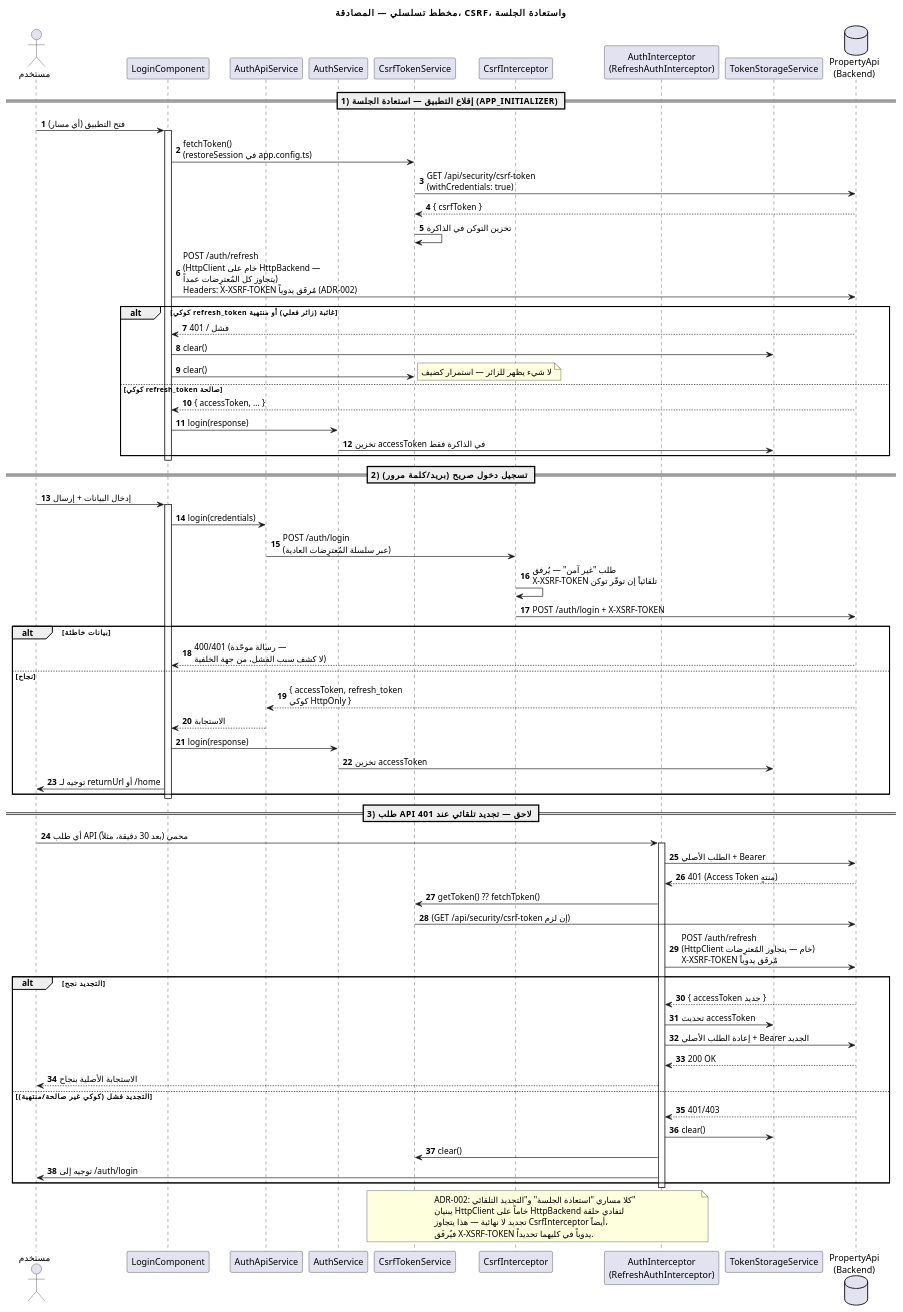
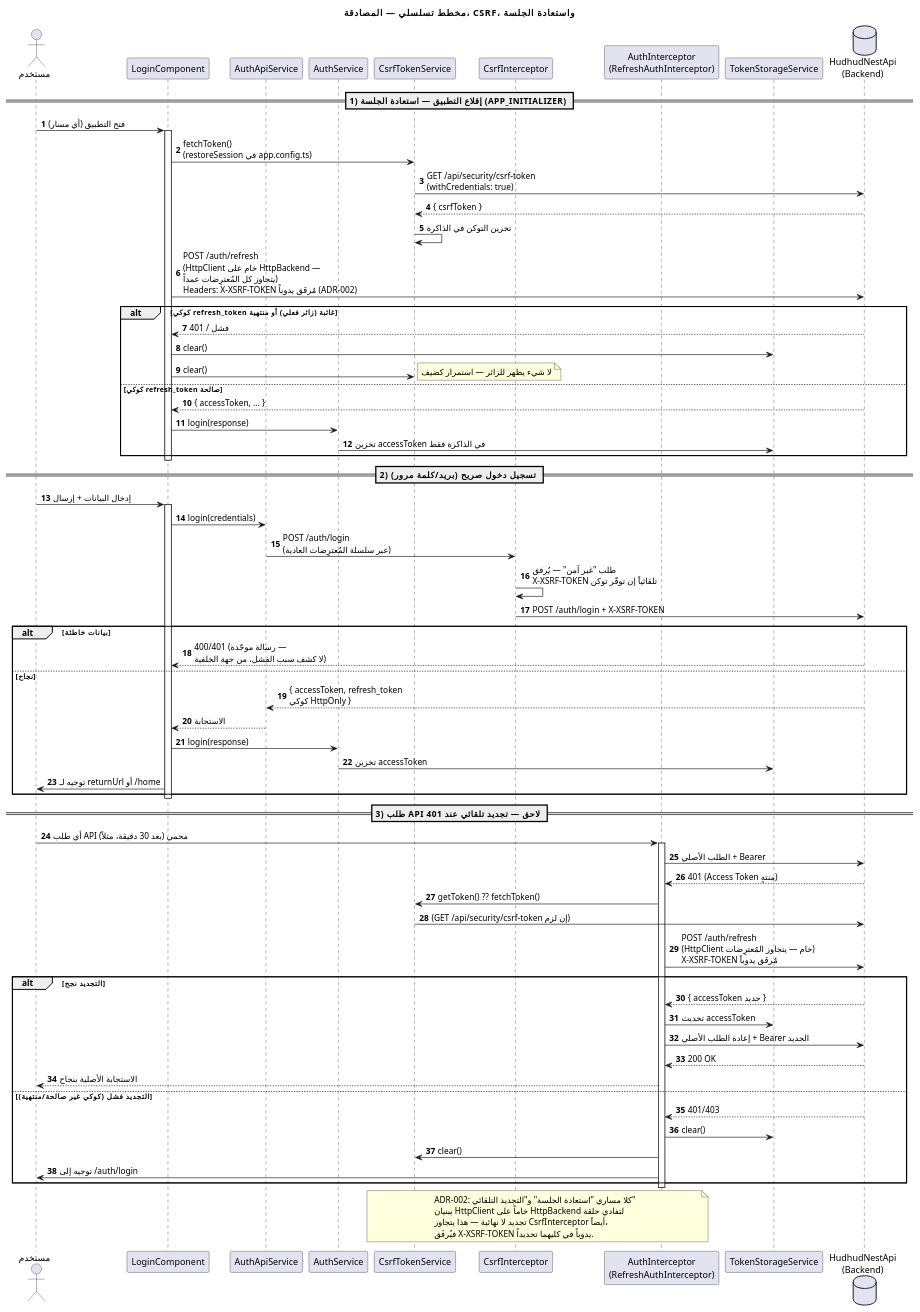
One commit to Naeem-Ba/HudhudNest changed the diagram in docs/architecture/ARD/diagrams/04-sequence-auth.puml. Above: the diagram before and after it, drawn with PlantUML. The commit also changed 155 other files, not shown here.

First line of the commit message:
feat(brand): HudhudNest logo, app icons, splash screens and full rename

```diff
--- a/docs/architecture/ARD/diagrams/04-sequence-auth.puml
+++ b/docs/architecture/ARD/diagrams/04-sequence-auth.puml
@@ -1,86 +1,86 @@
 @startuml Sequence_Auth
 skinparam backgroundColor #FFFFFF
 skinparam shadowing false
 skinparam defaultFontName "Segoe UI"
 title مخطط تسلسلي — المصادقة، CSRF، واستعادة الجلسة
 autonumber
 
 actor "مستخدم" as User
 participant "LoginComponent" as LoginUi
 participant "AuthApiService" as AuthApi
 participant "AuthService" as AuthSvc
 participant "CsrfTokenService" as Csrf
 participant "CsrfInterceptor" as CsrfInt
 participant "AuthInterceptor\n(RefreshAuthInterceptor)" as AuthInt
 participant "TokenStorageService" as TokenStore
-database "PropertyApi\n(Backend)" as Backend
+database "HudhudNestApi\n(Backend)" as Backend
 
 == 1) إقلاع التطبيق — استعادة الجلسة (APP_INITIALIZER) ==
 User -> LoginUi : فتح التطبيق (أي مسار)
 activate LoginUi
 LoginUi -> Csrf : fetchToken()\n(restoreSession في app.config.ts)
 Csrf -> Backend : GET /api/security/csrf-token\n(withCredentials: true)
 Backend --> Csrf : { csrfToken }
 Csrf -> Csrf : تخزين التوكن في الذاكرة
 
 LoginUi -> Backend : POST /auth/refresh\n(HttpClient خام على HttpBackend —\nيتجاوز كل المُعترِضات عمداً)\nHeaders: X-XSRF-TOKEN مُرفَق يدوياً (ADR-002)
 alt كوكي refresh_token غائبة (زائر فعلي) أو منتهية
     Backend --> LoginUi : 401 / فشل
     LoginUi -> TokenStore : clear()
     LoginUi -> Csrf : clear()
     note right: لا شيء يظهر للزائر — استمرار كضيف
 else كوكي refresh_token صالحة
     Backend --> LoginUi : { accessToken, ... }
     LoginUi -> AuthSvc : login(response)
     AuthSvc -> TokenStore : تخزين accessToken في الذاكرة فقط
 end
 deactivate LoginUi
 
 == 2) تسجيل دخول صريح (بريد/كلمة مرور) ==
 User -> LoginUi : إدخال البيانات + إرسال
 activate LoginUi
 LoginUi -> AuthApi : login(credentials)
 AuthApi -> CsrfInt : POST /auth/login\n(عبر سلسلة المُعترِضات العادية)
 CsrfInt -> CsrfInt : طلب "غير آمن" — يُرفق\nX-XSRF-TOKEN تلقائياً إن توفّر توكن
 CsrfInt -> Backend : POST /auth/login + X-XSRF-TOKEN
 alt بيانات خاطئة
     Backend --> LoginUi : 400/401 (رسالة موحّدة —\nلا كشف سبب الفشل، من جهة الخلفية)
 else نجاح
     Backend --> AuthApi : { accessToken, refresh_token\nكوكي HttpOnly }
     AuthApi --> LoginUi : الاستجابة
     LoginUi -> AuthSvc : login(response)
     AuthSvc -> TokenStore : تخزين accessToken
     LoginUi -> User : توجيه لـ returnUrl أو /home
 end
 deactivate LoginUi
 
 == 3) طلب API لاحق — تجديد تلقائي عند 401 ==
 User -> AuthInt : أي طلب API محمي (بعد 30 دقيقة، مثلاً)
 activate AuthInt
 AuthInt -> Backend : الطلب الأصلي + Bearer
 Backend --> AuthInt : 401 (Access Token منتهٍ)
 AuthInt -> Csrf : getToken() ?? fetchToken()
 Csrf -> Backend : (GET /api/security/csrf-token إن لزم)
 AuthInt -> Backend : POST /auth/refresh\n(HttpClient خام — يتجاوز المُعترِضات)\nX-XSRF-TOKEN مُرفَق يدوياً
 alt التجديد نجح
     Backend --> AuthInt : { accessToken جديد }
     AuthInt -> TokenStore : تحديث accessToken
     AuthInt -> Backend : إعادة الطلب الأصلي + Bearer الجديد
     Backend --> AuthInt : 200 OK
     AuthInt --> User : الاستجابة الأصلية بنجاح
 else التجديد فشل (كوكي غير صالحة/منتهية)
     Backend --> AuthInt : 401/403
     AuthInt -> TokenStore : clear()
     AuthInt -> Csrf : clear()
     AuthInt -> User : توجيه إلى /auth/login
 end
 deactivate AuthInt
 
 note over Csrf, AuthInt
   ADR-002: كلا مساري "استعادة الجلسة" و"التجديد التلقائي"
   يبنيان HttpClient خاماً على HttpBackend لتفادي حلقة
   تجديد لا نهائية — هذا يتجاوز CsrfInterceptor أيضاً،
   فيُرفَق X-XSRF-TOKEN يدوياً في كليهما تحديداً.
 end note
 
 @enduml
```
